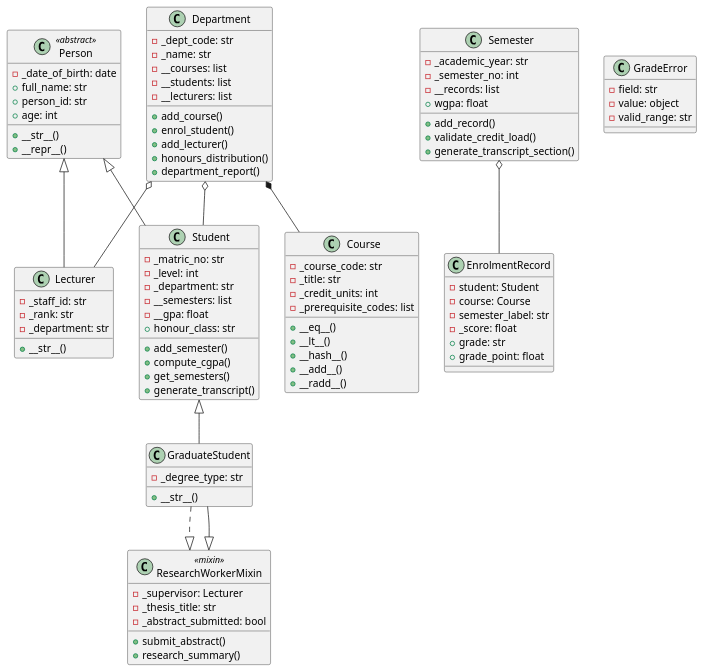
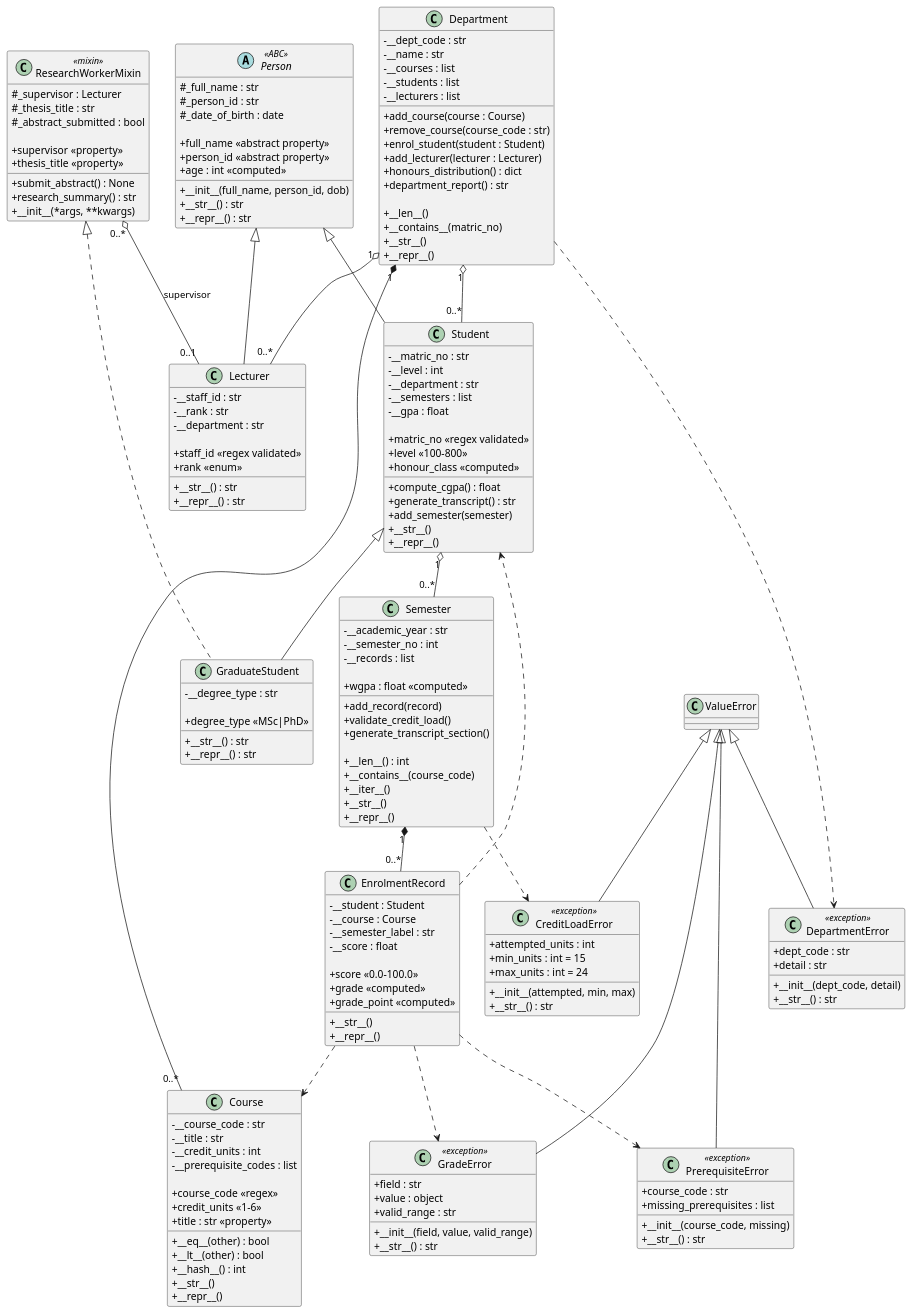
Before and after one commit to aakandevictor/Grp2--CPGA-Calculator: the diagram in university_cgpa_system/uml/class_diagram.puml, drawn with PlantUML.

```diff
--- a/university_cgpa_system/uml/class_diagram.puml
+++ b/university_cgpa_system/uml/class_diagram.puml
@@ -1,95 +1,228 @@
 @startuml
-' All 10 classes with three-compartment notation
-class Person <<abstract>> {
-  - _date_of_birth: date
-  + full_name: str
-  + person_id: str
-  + age: int
+skinparam classAttributeIconSize 0
+
+' =========================
+' ABSTRACT & MIXINS
+' =========================
+
+abstract class Person <<ABC>> {
+  # _full_name : str
+  # _person_id : str
+  # _date_of_birth : date
+
+  + full_name <<abstract property>>
+  + person_id <<abstract property>>
+  + age : int <<computed>>
+
+  + __init__(full_name, person_id, dob)
+  + __str__() : str
+  + __repr__() : str
+}
+
+class ResearchWorkerMixin <<mixin>> {
+  # _supervisor : Lecturer
+  # _thesis_title : str
+  # _abstract_submitted : bool
+
+  + supervisor <<property>>
+  + thesis_title <<property>>
+  + submit_abstract() : None
+  + research_summary() : str
+  + __init__(*args, **kwargs)
+}
+
+' =========================
+' CORE PEOPLE CLASSES
+' =========================
+
+class Student {
+  - __matric_no : str
+  - __level : int
+  - __department : str
+  - __semesters : list
+  - __gpa : float
+
+  + matric_no <<regex validated>>
+  + level <<100-800>>
+  + compute_cgpa() : float
+  + generate_transcript() : str
+  + honour_class <<computed>>
+  + add_semester(semester)
   + __str__()
   + __repr__()
 }
-class Student {
-  - _matric_no: str
-  - _level: int
-  - _department: str
-  - __semesters: list
-  - __gpa: float
-  + add_semester()
-  + compute_cgpa()
-  + honour_class: str
-  + get_semesters()
-  + generate_transcript()
+
+class GraduateStudent {
+  - __degree_type : str
+
+  + degree_type <<MSc|PhD>>
+  + __str__() : str
+  + __repr__() : str
 }
+
 class Lecturer {
-  - _staff_id: str
-  - _rank: str
-  - _department: str
+  - __staff_id : str
+  - __rank : str
+  - __department : str
+
+  + staff_id <<regex validated>>
+  + rank <<enum>>
+  + __str__() : str
+  + __repr__() : str
+}
+
+' =========================
+' ACADEMIC CLASSES
+' =========================
+
+class Course {
+  - __course_code : str
+  - __title : str
+  - __credit_units : int
+  - __prerequisite_codes : list
+
+  + course_code <<regex>>
+  + credit_units <<1-6>>
+  + title : str <<property>>
+
+  + __eq__(other) : bool
+  + __lt__(other) : bool
+  + __hash__() : int
   + __str__()
+  + __repr__()
 }
-class ResearchWorkerMixin <<mixin>> {
-  - _supervisor: Lecturer
-  - _thesis_title: str
-  - _abstract_submitted: bool
-  + submit_abstract()
-  + research_summary()
+
+class EnrolmentRecord {
+  - __student : Student
+  - __course : Course
+  - __semester_label : str
+  - __score : float
+
+  + score <<0.0-100.0>>
+  + grade <<computed>>
+  + grade_point <<computed>>
+
+  + __str__()
+  + __repr__()
 }
-class GraduateStudent {
-  - _degree_type: str
-  + __str__()
-}
-class Course {
-  - _course_code: str
-  - _title: str
-  - _credit_units: int
-  - _prerequisite_codes: list
-  + __eq__()
-  + __lt__()
-  + __hash__()
-  + __add__()
-  + __radd__()
-}
-class EnrolmentRecord {
-  - student: Student
-  - course: Course
-  - semester_label: str
-  - _score: float
-  + grade: str
-  + grade_point: float
-}
+
 class Semester {
-  - _academic_year: str
-  - _semester_no: int
-  - __records: list
-  + add_record()
-  + wgpa: float
+  - __academic_year : str
+  - __semester_no : int
+  - __records : list
+
+  + wgpa : float <<computed>>
+  + add_record(record)
   + validate_credit_load()
   + generate_transcript_section()
+
+  + __len__() : int
+  + __contains__(course_code)
+  + __iter__()
+  + __str__()
+  + __repr__()
 }
+
 class Department {
-  - _dept_code: str
-  - _name: str
-  - __courses: list
-  - __students: list
-  - __lecturers: list
-  + add_course()
-  + enrol_student()
-  + add_lecturer()
-  + honours_distribution()
-  + department_report()
+  - __dept_code : str
+  - __name : str
+  - __courses : list
+  - __students : list
+  - __lecturers : list
+
+  + add_course(course : Course)
+  + remove_course(course_code : str)
+  + enrol_student(student : Student)
+  + add_lecturer(lecturer : Lecturer)
+  + honours_distribution() : dict
+  + department_report() : str
+
+  + __len__()
+  + __contains__(matric_no)
+  + __str__()
+  + __repr__()
 }
-class GradeError {
-  - field: str
-  - value: object
-  - valid_range: str
+
+' =========================
+' EXCEPTION CLASSES
+' =========================
+
+class GradeError <<exception>> {
+  + field : str
+  + value : object
+  + valid_range : str
+
+  + __init__(field, value, valid_range)
+  + __str__() : str
 }
+
+class PrerequisiteError <<exception>> {
+  + course_code : str
+  + missing_prerequisites : list
+
+  + __init__(course_code, missing)
+  + __str__() : str
+}
+
+class CreditLoadError <<exception>> {
+  + attempted_units : int
+  + min_units : int = 15
+  + max_units : int = 24
+
+  + __init__(attempted, min, max)
+  + __str__() : str
+}
+
+class DepartmentError <<exception>> {
+  + dept_code : str
+  + detail : str
+
+  + __init__(dept_code, detail)
+  + __str__() : str
+}
+
+class ValueError
+
+' =========================
+' INHERITANCE
+' =========================
 
 Person <|-- Student
 Person <|-- Lecturer
 Student <|-- GraduateStudent
-ResearchWorkerMixin <|-- GraduateStudent
-Department *-- Course
-Department o-- Student
-Department o-- Lecturer
-Semester o-- EnrolmentRecord
-GraduateStudent ..|> ResearchWorkerMixin
+ResearchWorkerMixin <|.. GraduateStudent
+
+ValueError <|-- GradeError
+ValueError <|-- PrerequisiteError
+ValueError <|-- CreditLoadError
+ValueError <|-- DepartmentError
+
+' =========================
+' COMPOSITION (FILLED)
+' =========================
+
+Department "1" *-- "0..*" Course
+Semester "1" *-- "0..*" EnrolmentRecord
+
+' =========================
+' AGGREGATION (HOLLOW)
+' =========================
+
+Department "1" o-- "0..*" Student
+Department "1" o-- "0..*" Lecturer
+Student "1" o-- "0..*" Semester
+ResearchWorkerMixin "0..*" o-- "0..1" Lecturer : supervisor
+
+' =========================
+' DEPENDENCIES (DASHED)
+' =========================
+
+EnrolmentRecord ..> Course
+EnrolmentRecord ..> Student
+EnrolmentRecord ..> GradeError
+EnrolmentRecord ..> PrerequisiteError
+
+Semester ..> CreditLoadError
+Department ..> DepartmentError
+
 @enduml
```
